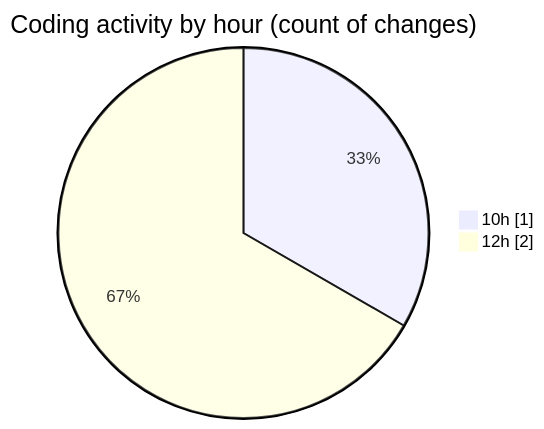
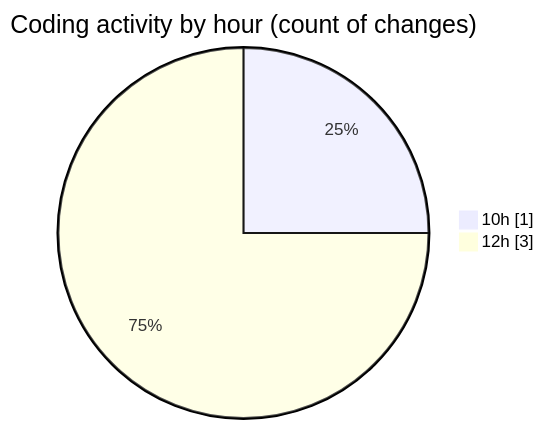
One commit to Ritupan-Deka/code-tracking changed the second of 2 diagrams in 2025-07-09/urlwebwala_intership_work/README.md. Above: the diagram before and after it, drawn with Mermaid. The commit also changed other lines of this file and 1 other file, not shown here.

````diff
--- a/2025-07-09/urlwebwala_intership_work/README.md
+++ b/2025-07-09/urlwebwala_intership_work/README.md
@@ -28,6 +28,6 @@
 ```mermaid
 pie showData
 title Coding activity by hour (count of changes)
 "10h" : 1
-"12h" : 2
+"12h" : 3
 ```
````
